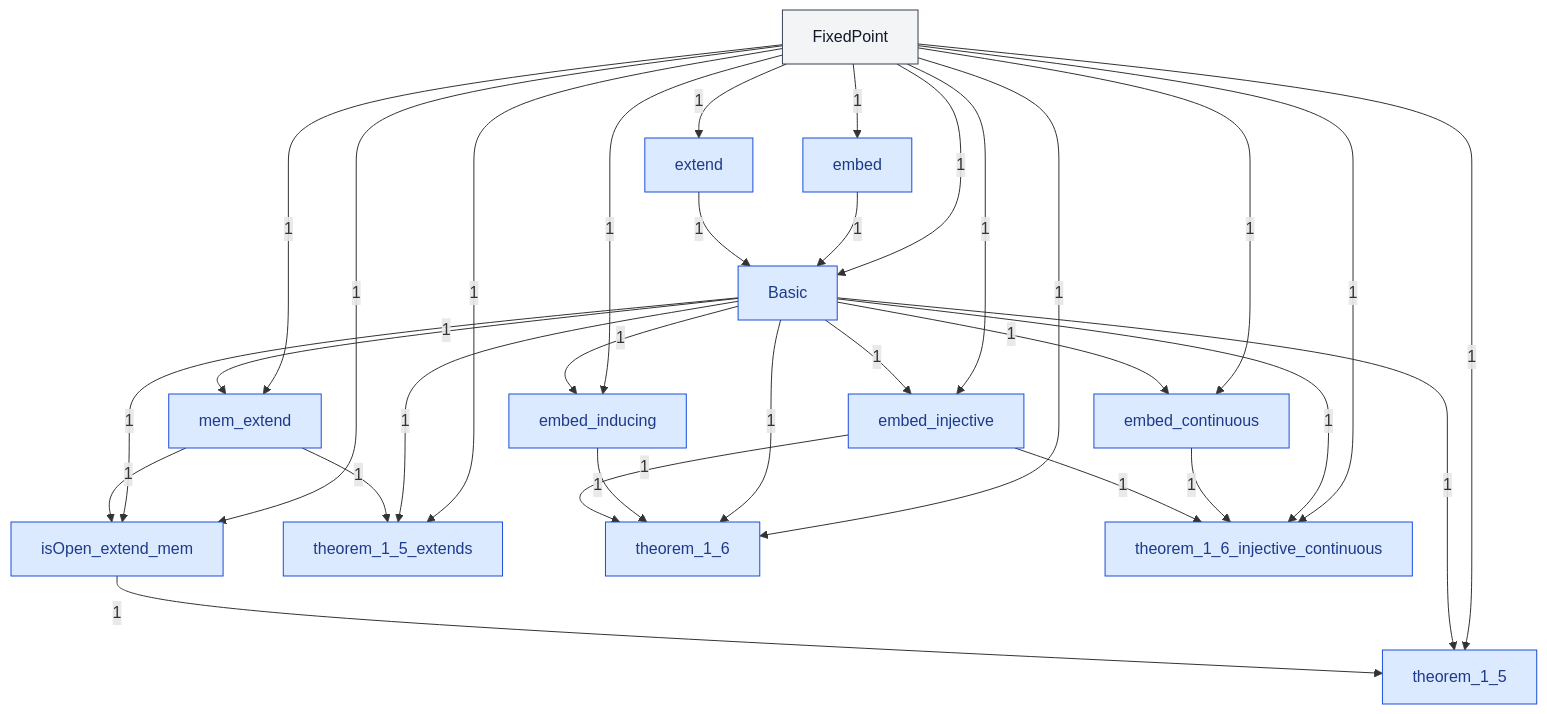
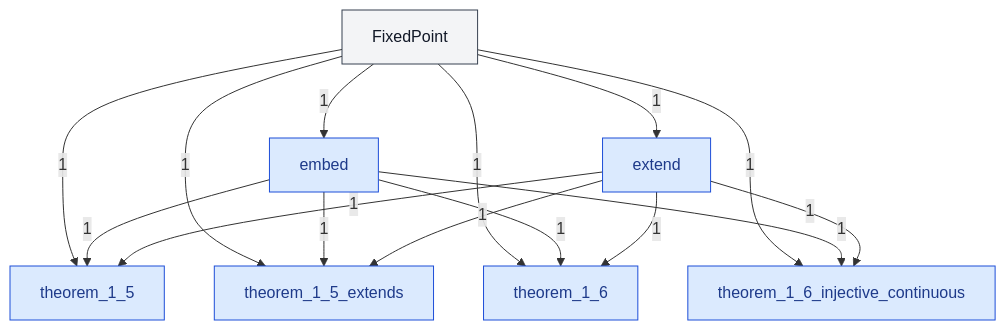
One commit to catskillsresearch/DomainTheory changed the diagram in DomainTheory/DataTypesAsLattices/Embedding/Embedding.mermaid. Above: the diagram before and after it, drawn with Mermaid. The commit also changed 3404 other files, not shown here.

First line of the commit message:
Strip AI scaffolding from notes, consolidate Embedding lemmas, and fit Mermaid figures.

```diff
--- a/DomainTheory/DataTypesAsLattices/Embedding/Embedding.mermaid
+++ b/DomainTheory/DataTypesAsLattices/Embedding/Embedding.mermaid
@@ -1,65 +1,37 @@
 %% Inside Embedding. A box is one Lean file in this folder, or one subfolder.
 %% A box named as another folder is that whole folder. A box named as another chapter is that whole chapter.
 %% The arrowhead points at the file or folder that imports. The label is how many direct imports.
 flowchart TB
   N0["FixedPoint"]
   N1["embed"]
   N2["extend"]
-  N3["Basic"]
-  N4["embed_continuous"]
-  N5["embed_inducing"]
-  N6["embed_injective"]
-  N7["mem_extend"]
-  N8["isOpen_extend_mem"]
-  N9["theorem_1_5"]
-  N10["theorem_1_5_extends"]
-  N11["theorem_1_6"]
-  N12["theorem_1_6_injective_continuous"]
+  N3["theorem_1_5"]
+  N4["theorem_1_5_extends"]
+  N5["theorem_1_6"]
+  N6["theorem_1_6_injective_continuous"]
 
   N0 -->|"1"| N1
   N0 -->|"1"| N2
   N0 -->|"1"| N3
   N1 -->|"1"| N3
   N2 -->|"1"| N3
   N0 -->|"1"| N4
-  N3 -->|"1"| N4
+  N1 -->|"1"| N4
+  N2 -->|"1"| N4
   N0 -->|"1"| N5
-  N3 -->|"1"| N5
+  N1 -->|"1"| N5
+  N2 -->|"1"| N5
   N0 -->|"1"| N6
-  N3 -->|"1"| N6
-  N0 -->|"1"| N7
-  N3 -->|"1"| N7
-  N0 -->|"1"| N8
-  N3 -->|"1"| N8
-  N7 -->|"1"| N8
-  N0 -->|"1"| N9
-  N3 -->|"1"| N9
-  N8 -->|"1"| N9
-  N0 -->|"1"| N10
-  N3 -->|"1"| N10
-  N7 -->|"1"| N10
-  N0 -->|"1"| N11
-  N3 -->|"1"| N11
-  N5 -->|"1"| N11
-  N6 -->|"1"| N11
-  N0 -->|"1"| N12
-  N3 -->|"1"| N12
-  N4 -->|"1"| N12
-  N6 -->|"1"| N12
+  N1 -->|"1"| N6
+  N2 -->|"1"| N6
 
   classDef file fill:#dbeafe,stroke:#1d4ed8,color:#1e3a8a
   classDef ext fill:#f3f4f6,stroke:#374151,color:#111827
 
   class N0 ext
   class N1 file
   class N2 file
   class N3 file
   class N4 file
   class N5 file
   class N6 file
-  class N7 file
-  class N8 file
-  class N9 file
-  class N10 file
-  class N11 file
-  class N12 file
```
